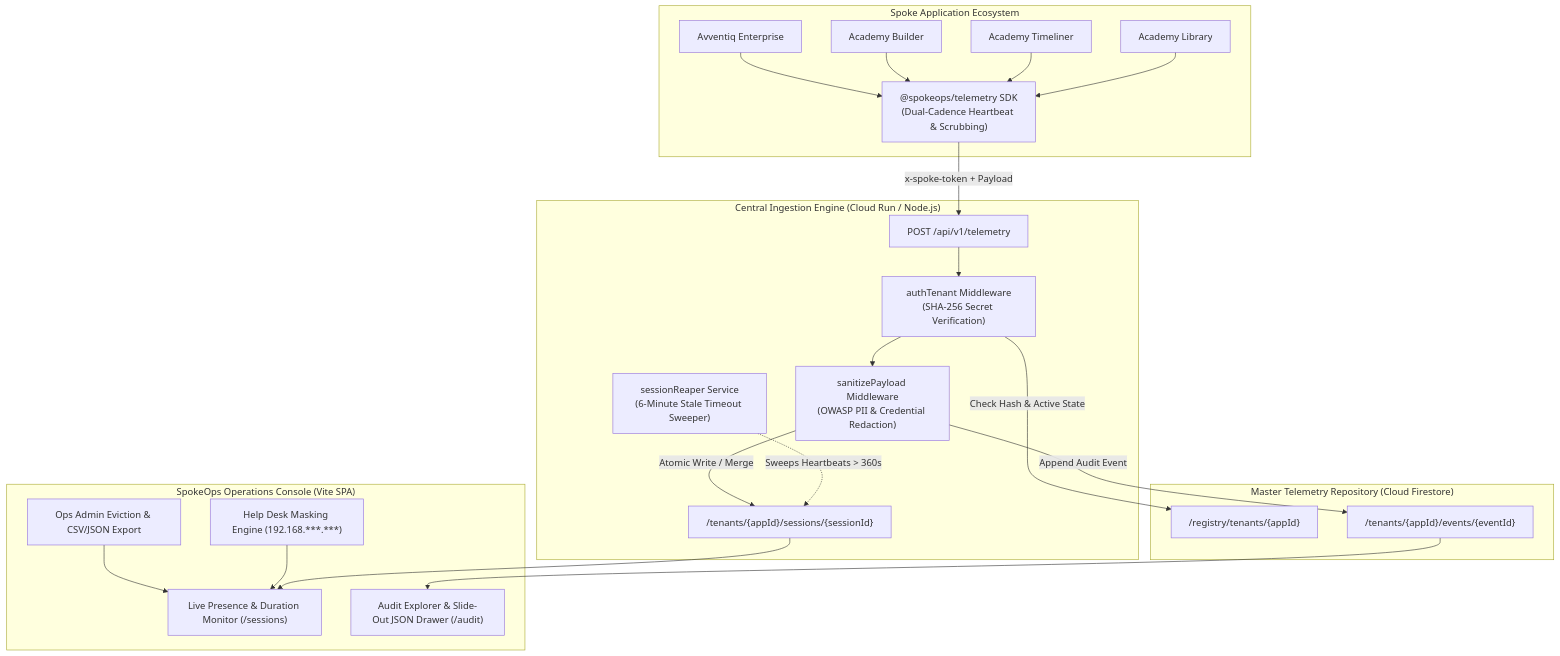
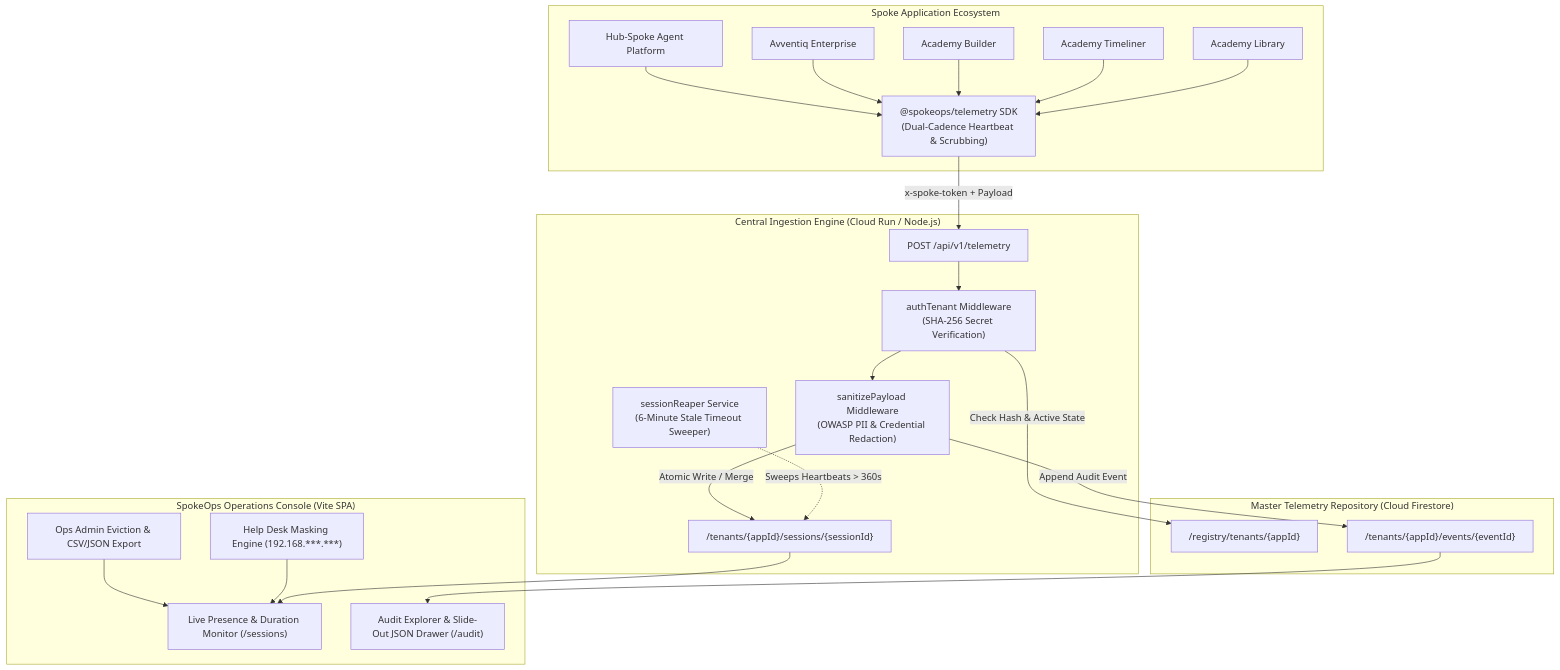
One commit to 9mauro9/hub-spoke-agent-platform changed the diagram in spokeops/README.md. Above: the diagram before and after it, drawn with Mermaid. The commit also changed other lines of this file and 7 other files, not shown here.

````diff
--- a/spokeops/README.md
+++ b/spokeops/README.md
@@ -22,41 +22,42 @@
 ```mermaid
 flowchart TD
     subgraph SpokeApps ["Spoke Application Ecosystem"]
         AL["Academy Library"]
         AT["Academy Timeliner"]
         AB["Academy Builder"]
         AV["Avventiq Enterprise"]
+        HS["Hub-Spoke Agent Platform"]
         SDK["@spokeops/telemetry SDK\n(Dual-Cadence Heartbeat & Scrubbing)"]
-        AL & AT & AB & AV --> SDK
+        AL & AT & AB & AV & HS --> SDK
     end
 
     subgraph CentralIngestion ["Central Ingestion Engine (Cloud Run / Node.js)"]
         AUTH["authTenant Middleware\n(SHA-256 Secret Verification)"]
         SANITIZE["sanitizePayload Middleware\n(OWASP PII & Credential Redaction)"]
         INGEST["POST /api/v1/telemetry"]
         REAPER["sessionReaper Service\n(6-Minute Stale Timeout Sweeper)"]
         SDK -->|"x-spoke-token + Payload"| INGEST
         INGEST --> AUTH --> SANITIZE
         REAPER -.->|"Sweeps Heartbeats > 360s"| SESSIONS
     end
 
     subgraph Repository ["Master Telemetry Repository (Cloud Firestore)"]
         REGISTRY["/registry/tenants/{appId}"]
         SESSIONS["/tenants/{appId}/sessions/{sessionId}"]
         EVENTS["/tenants/{appId}/events/{eventId}"]
         AUTH -->|Check Hash & Active State| REGISTRY
         SANITIZE -->|Atomic Write / Merge| SESSIONS
         SANITIZE -->|Append Audit Event| EVENTS
     end
 
     subgraph ConsoleUI ["SpokeOps Operations Console (Vite SPA)"]
         PRESENCE["Live Presence & Duration Monitor (/sessions)"]
         AUDIT["Audit Explorer & Slide-Out JSON Drawer (/audit)"]
         MASKING["Help Desk Masking Engine (192.168.***.***)"]
         ADMIN["Ops Admin Eviction & CSV/JSON Export"]
         SESSIONS --> PRESENCE
         EVENTS --> AUDIT
         MASKING --> PRESENCE
         ADMIN --> PRESENCE
     end
 ```
````
